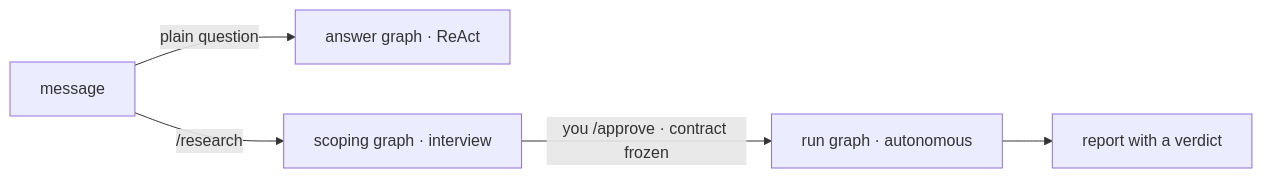
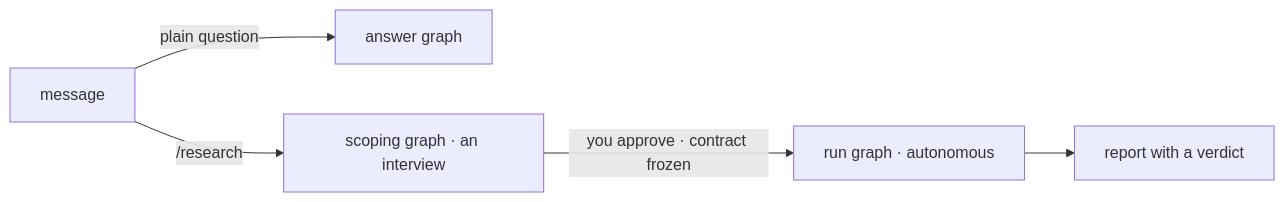
The eighth of 8 diagrams in content/en/docs/agentic_ai/workflow_design_patterns.md (kk-engineer/robosathi), drawn with Mermaid before and after one commit. The commit also changed other lines of this file and 15 other files, not shown here.

````diff
--- a/content/en/docs/agentic_ai/workflow_design_patterns.md
+++ b/content/en/docs/agentic_ai/workflow_design_patterns.md
@@ -170,7 +188,7 @@
 ```mermaid
 graph LR
-    M[message] -->|plain question| AG["answer graph · ReAct"]
-    M -->|/research| SG["scoping graph · interview"]
-    SG -->|"you /approve · contract frozen"| RG["run graph · autonomous"]
+    M[message] -->|plain question| AG["answer graph"]
+    M -->|/research| SG["scoping graph · an interview"]
+    SG -->|"you approve · contract frozen"| RG["run graph · autonomous"]
     RG --> V[report with a verdict]
 ```
````
